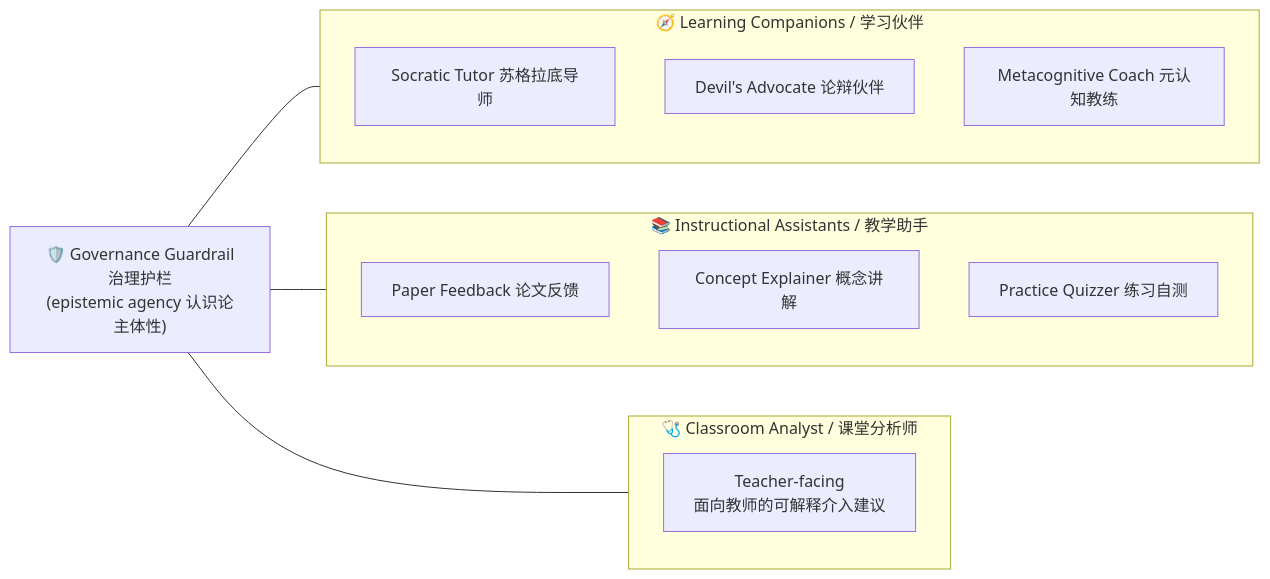
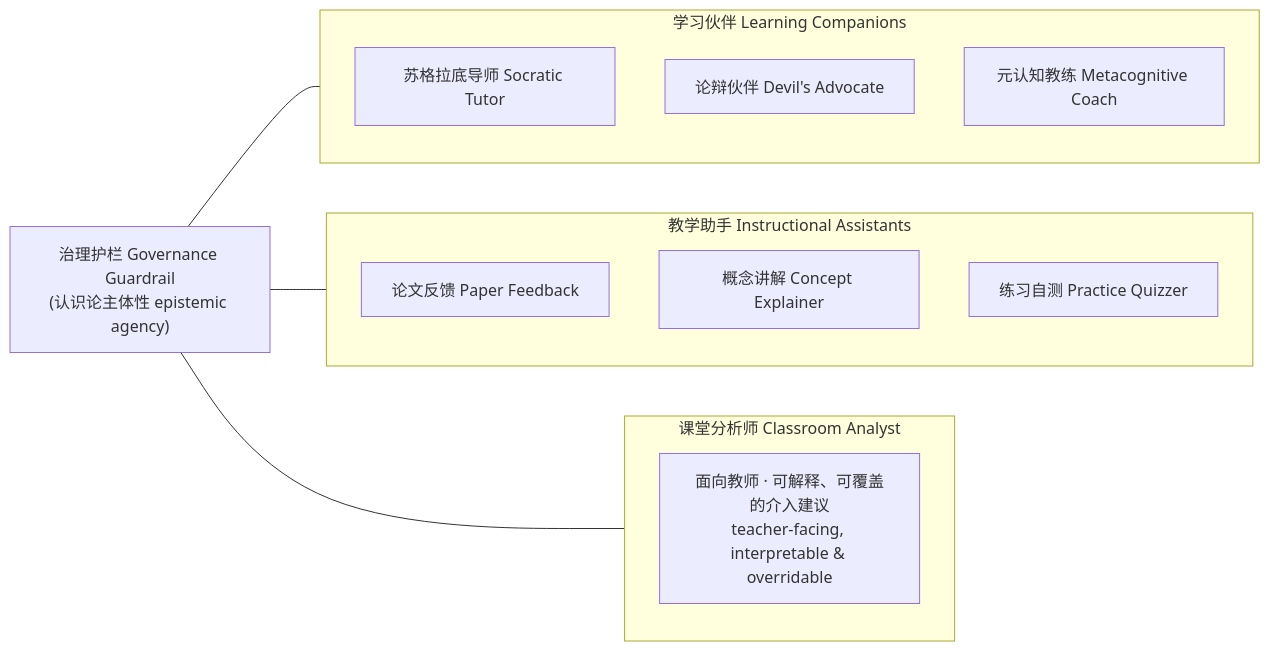
Before and after one commit to Youn-17/AI_academic_tutor: the second of 4 diagrams in README.md, drawn with Mermaid. The commit also changed other lines of this file, not shown here.

````diff
--- a/README.md
+++ b/README.md
@@ -65,20 +67,20 @@
 ```mermaid
 flowchart LR
-    G["🛡️ Governance Guardrail<br/>治理护栏<br/>(epistemic agency 认识论主体性)"]
-    subgraph LC["🧭 Learning Companions / 学习伙伴"]
-        S["Socratic Tutor 苏格拉底导师"]
-        D["Devil's Advocate 论辩伙伴"]
-        M["Metacognitive Coach 元认知教练"]
+    G["治理护栏 Governance Guardrail<br/>(认识论主体性 epistemic agency)"]
+    subgraph LC["学习伙伴 Learning Companions"]
+        S["苏格拉底导师 Socratic Tutor"]
+        D["论辩伙伴 Devil's Advocate"]
+        M["元认知教练 Metacognitive Coach"]
     end
-    subgraph IA["📚 Instructional Assistants / 教学助手"]
-        P["Paper Feedback 论文反馈"]
-        C["Concept Explainer 概念讲解"]
-        Q["Practice Quizzer 练习自测"]
+    subgraph IA["教学助手 Instructional Assistants"]
+        P["论文反馈 Paper Feedback"]
+        C["概念讲解 Concept Explainer"]
+        Q["练习自测 Practice Quizzer"]
     end
-    subgraph CA["🩺 Classroom Analyst / 课堂分析师"]
-        A["Teacher-facing<br/>面向教师的可解释介入建议"]
+    subgraph CA["课堂分析师 Classroom Analyst"]
+        A["面向教师 · 可解释、可覆盖的介入建议<br/>teacher-facing, interpretable & overridable"]
     end
     G --- LC
     G --- IA
     G --- CA
 ```
````
